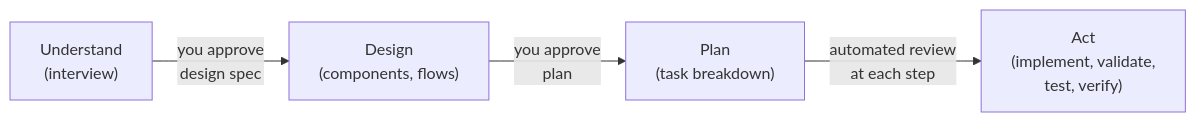
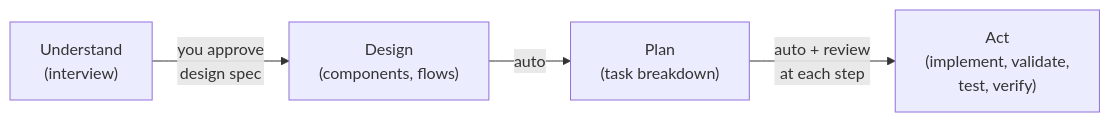
The first of 3 diagrams in docs/user-guide.md (luigidemasi/camel-kit), drawn with Mermaid before and after one commit. The commit also changed other lines of this file and 2 other files, not shown here.

First line of the commit message:
fix #34: address CodeRabbit review round 3

````diff
--- a/docs/user-guide.md
+++ b/docs/user-guide.md
@@ -49,6 +49,6 @@
 ```mermaid
 flowchart LR
     U["Understand\n(interview)"] -->|"you approve\ndesign spec"| D["Design\n(components, flows)"]
-    D -->|"you approve\nplan"| P["Plan\n(task breakdown)"]
-    P -->|"automated review\nat each step"| A["Act\n(implement, validate,\ntest, verify)"]
+    D -->|"auto"| P["Plan\n(task breakdown)"]
+    P -->|"auto + review\nat each step"| A["Act\n(implement, validate,\ntest, verify)"]
 ```
````
